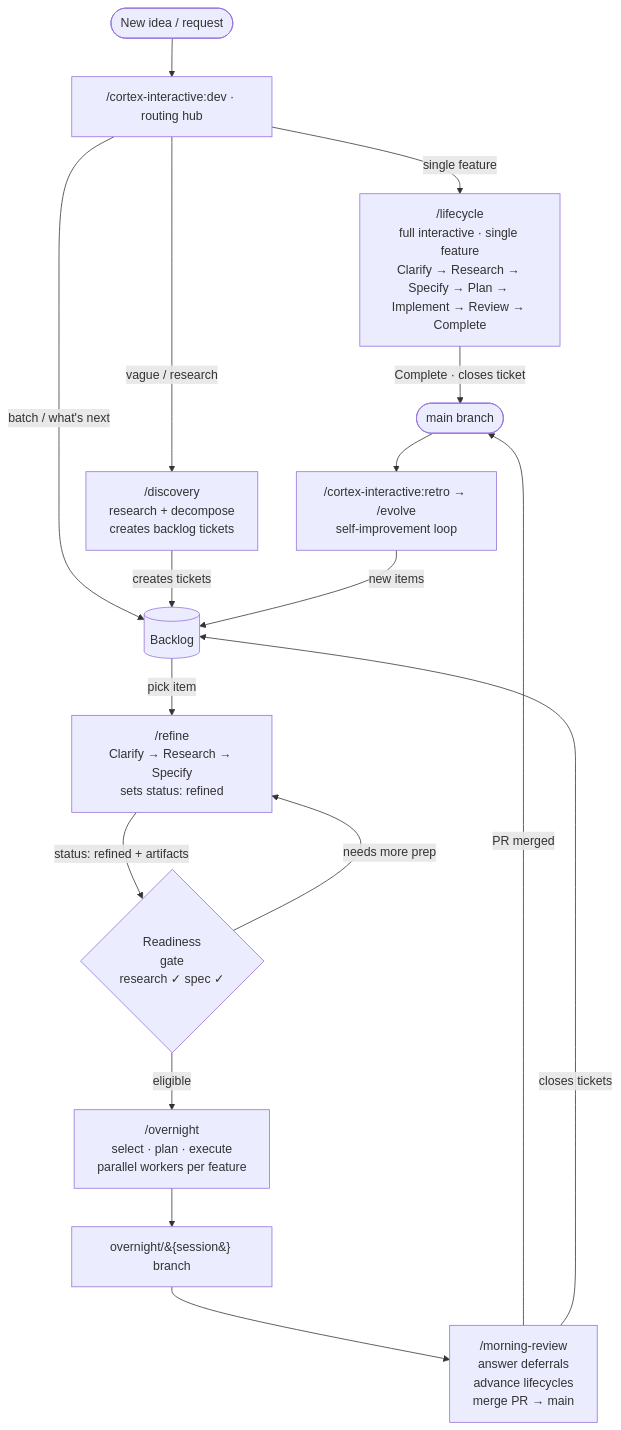
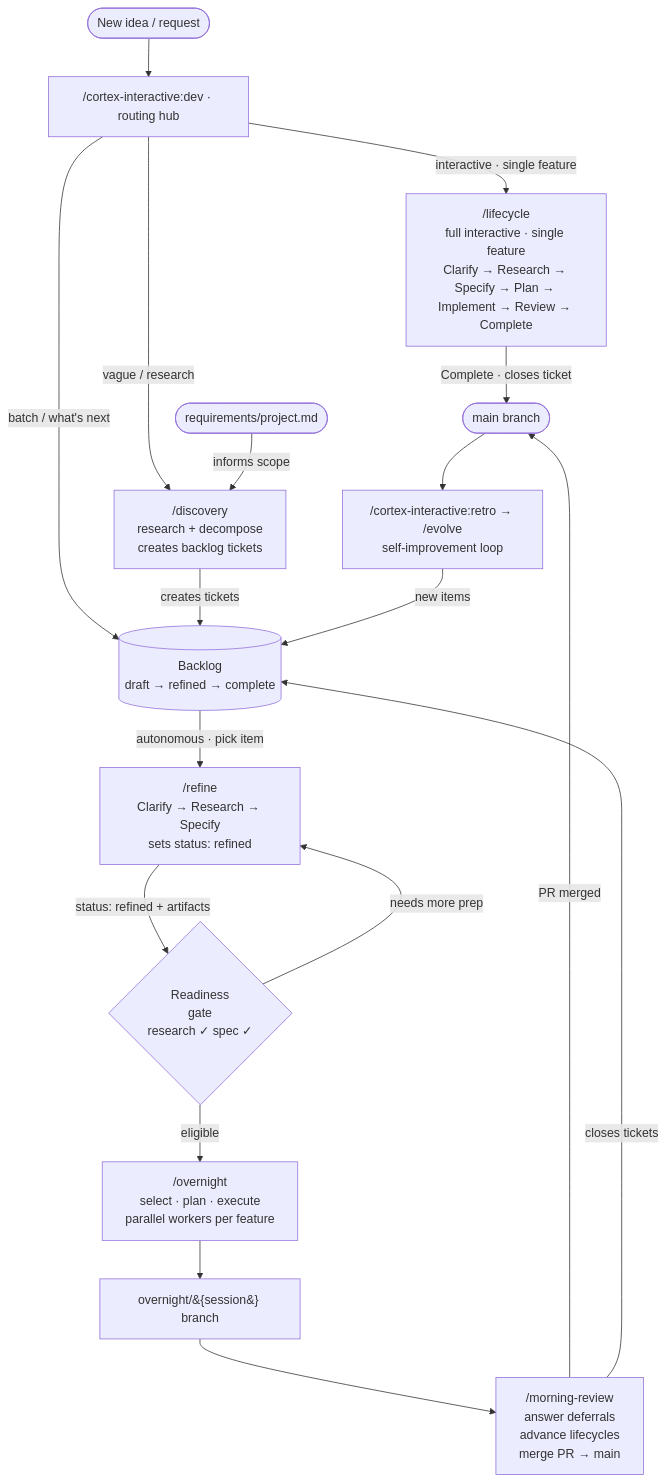
The diagram in docs/agentic-layer.md (charleshall888/cortex-command), drawn with Mermaid before and after one commit. The commit also changed 2 other files, not shown here.

Commit message:
Augment Diagram A with REQ node, backlog state label, axis prefixes

````diff
--- a/docs/agentic-layer.md
+++ b/docs/agentic-layer.md
@@ -72,43 +72,46 @@
 ```mermaid
 graph TD
     START([New idea / request])
     DEV["/cortex-interactive:dev · routing hub"]
 
     LC["/lifecycle\nfull interactive · single feature\nClarify → Research → Specify → Plan → Implement → Review → Complete"]
     DISC["/discovery\nresearch + decompose\ncreates backlog tickets"]
-    BACKLOG[("Backlog")]
+    BACKLOG[("Backlog<br/>draft → refined → complete")]
+    REQ([requirements/project.md])
 
     REFINE["/refine\nClarify → Research → Specify\nsets status: refined"]
     GATE{"Readiness\ngate\nresearch ✓  spec ✓"}
 
     OVN["/overnight\nselect · plan · execute\nparallel workers per feature"]
     INTBR["overnight/&#123;session&#125; branch"]
 
     MR["/morning-review\nanswer deferrals\nadvance lifecycles\nmerge PR → main"]
 
     EVOLVE["/cortex-interactive:retro → /evolve\nself-improvement loop"]
 
     MAIN([main branch])
 
     START --> DEV
-    DEV -->|"single feature"| LC
+    DEV -->|"interactive · single feature"| LC
     DEV -->|"vague / research"| DISC
     DEV -->|"batch / what's next"| BACKLOG
 
     DISC -->|"creates tickets"| BACKLOG
 
-    BACKLOG -->|"pick item"| REFINE
+    REQ -->|"informs scope"| DISC
+
+    BACKLOG -->|"autonomous · pick item"| REFINE
     REFINE -->|"status: refined + artifacts"| GATE
     GATE -->|"eligible"| OVN
     GATE -->|"needs more prep"| REFINE
 
     OVN --> INTBR
     INTBR --> MR
     MR -->|"PR merged"| MAIN
     MR -->|"closes tickets"| BACKLOG
 
     LC -->|"Complete · closes ticket"| MAIN
 
     MAIN --> EVOLVE
     EVOLVE -->|"new items"| BACKLOG
 ```
````
